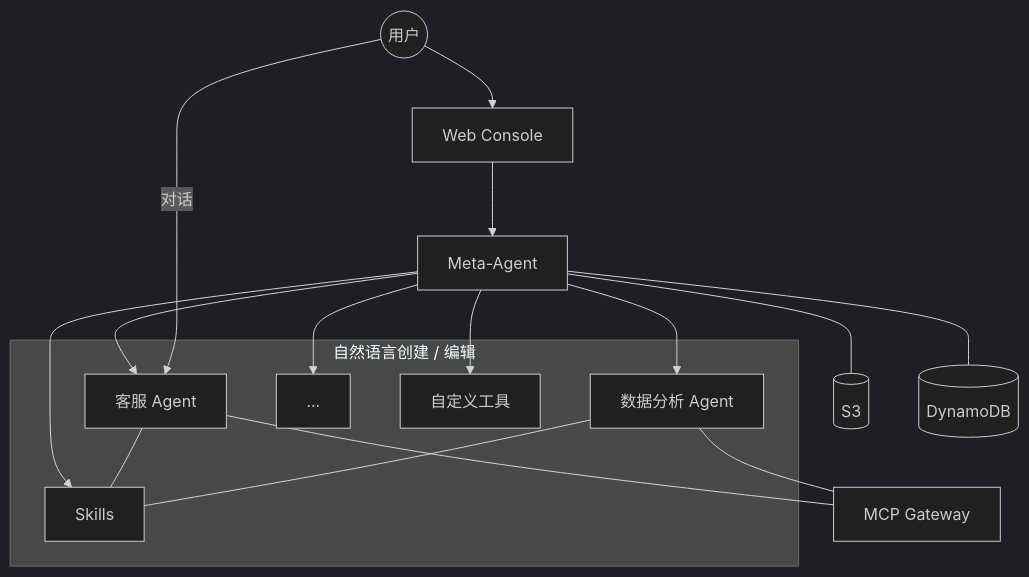
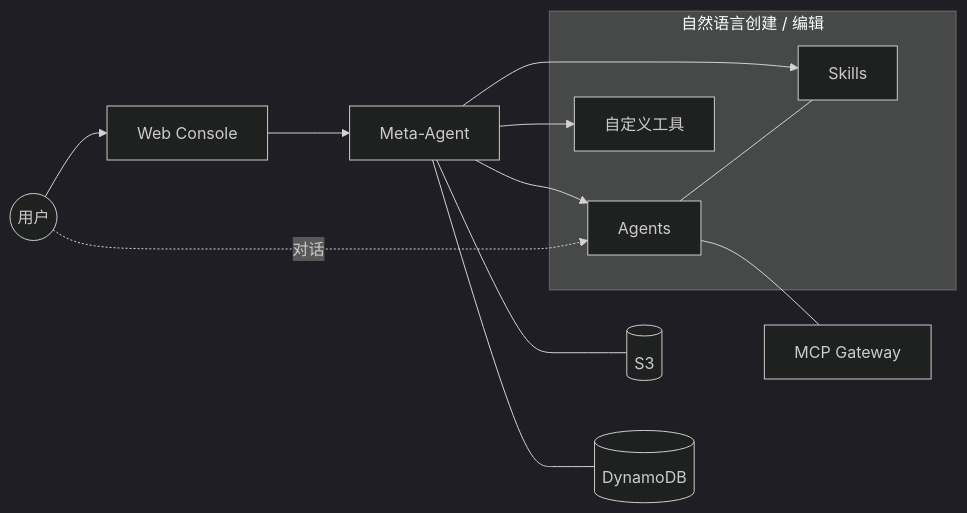
One commit to ddpie/agent-studio changed the first of 2 diagrams in README.md. Above: the diagram before and after it, drawn with Mermaid (dark theme). The commit also changed other lines of this file, not shown here.

Commit message:
README update

````diff
--- a/README.md
+++ b/README.md
@@ -7,26 +7,20 @@
 ```mermaid
-graph TB
-    User((用户))
-    FE[Web Console]
-    META[Meta-Agent]
+graph LR
+    User((用户)) --> FE[Web Console]
+    FE --> META[Meta-Agent]
+
+    META --> Agents
+    META --> Skills
+    META --> Tools[自定义工具]
 
     subgraph 自然语言创建 / 编辑
-        A1[客服 Agent]
-        A2[数据分析 Agent]
-        A3[...]
+        Agents[Agents]
         Skills[Skills]
-        Tools[自定义工具]
+        Tools
     end
 
-    MCP[MCP Gateway]
-    S3[(S3)]
-    DDB[(DynamoDB)]
-
-    User --> FE --> META
-    META --> A1 & A2 & A3
-    META --> Skills & Tools
-    META --- S3 & DDB
-    A1 & A2 --- MCP
-    A1 & A2 --- Skills
-    User -->|对话| A1
+    Agents --- MCP[MCP Gateway]
+    Agents --- Skills
+    META --- S3[(S3)] & DDB[(DynamoDB)]
+    User -.->|对话| Agents
 ```
````
